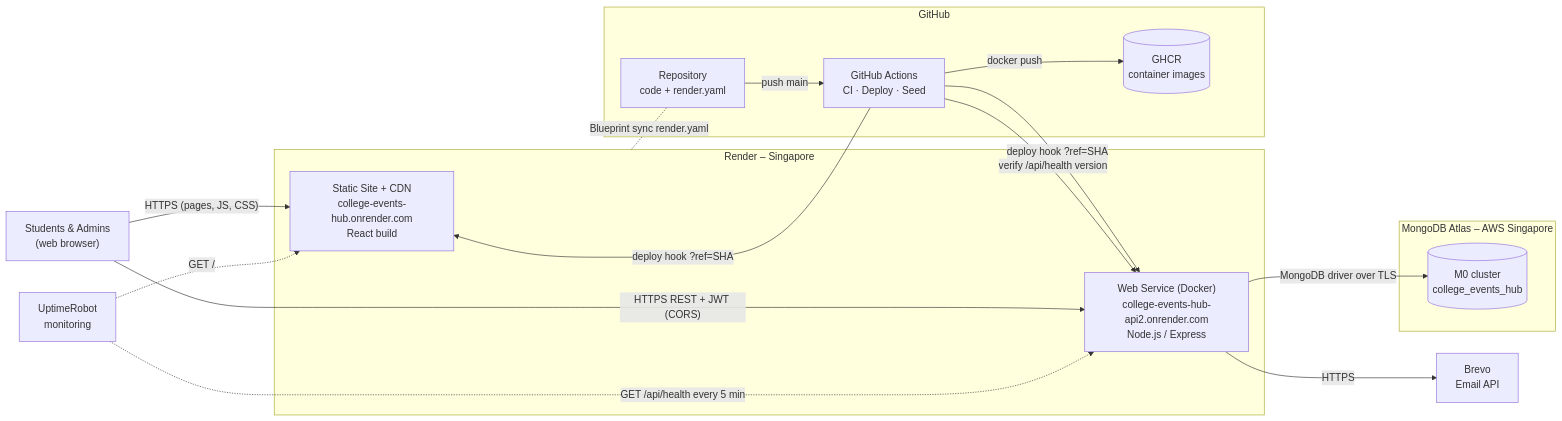
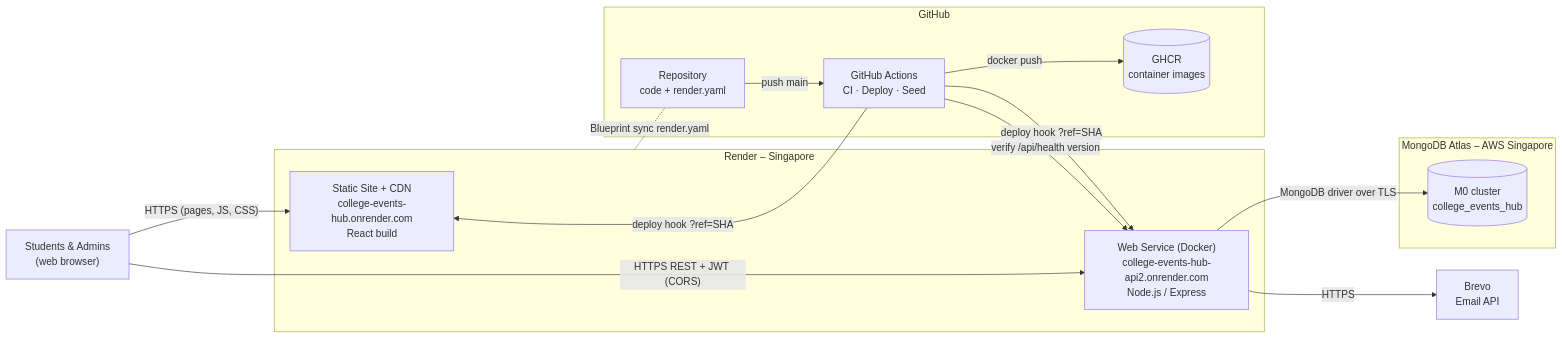
Before and after one commit to VedantKaware7/College-events-hub: the first of 4 diagrams in docs/ARCHITECTURE.md, drawn with Mermaid. The commit also changed other lines of this file and 2 other files, not shown here.

````diff
--- a/docs/ARCHITECTURE.md
+++ b/docs/ARCHITECTURE.md
@@ -44,36 +43,33 @@
 ```mermaid
 flowchart LR
     U["Students & Admins<br/>(web browser)"]
 
     subgraph RENDER["Render – Singapore"]
         WEB["Static Site + CDN<br/>college-events-hub.onrender.com<br/>React build"]
         API["Web Service (Docker)<br/>college-events-hub-api2.onrender.com<br/>Node.js / Express"]
     end
 
     subgraph ATLAS["MongoDB Atlas – AWS Singapore"]
         DB[("M0 cluster<br/>college_events_hub")]
     end
 
     BREVO["Brevo<br/>Email API"]
-    UR["UptimeRobot<br/>monitoring"]
 
     subgraph GH["GitHub"]
         REPO["Repository<br/>code + render.yaml"]
         GA["GitHub Actions<br/>CI · Deploy · Seed"]
         GHCR[("GHCR<br/>container images")]
     end
 
     U -- "HTTPS (pages, JS, CSS)" --> WEB
     U -- "HTTPS REST + JWT (CORS)" --> API
     API -- "MongoDB driver over TLS" --> DB
     API -- "HTTPS" --> BREVO
-    UR -. "GET /api/health every 5 min" .-> API
-    UR -. "GET /" .-> WEB
 
     REPO -- "push main" --> GA
     GA -- "docker push" --> GHCR
     GA -- "deploy hook ?ref=SHA" --> API
     GA -- "deploy hook ?ref=SHA" --> WEB
     GA -- "verify /api/health version" --> API
     RENDER -. "Blueprint sync render.yaml" .- REPO
 ```
````
